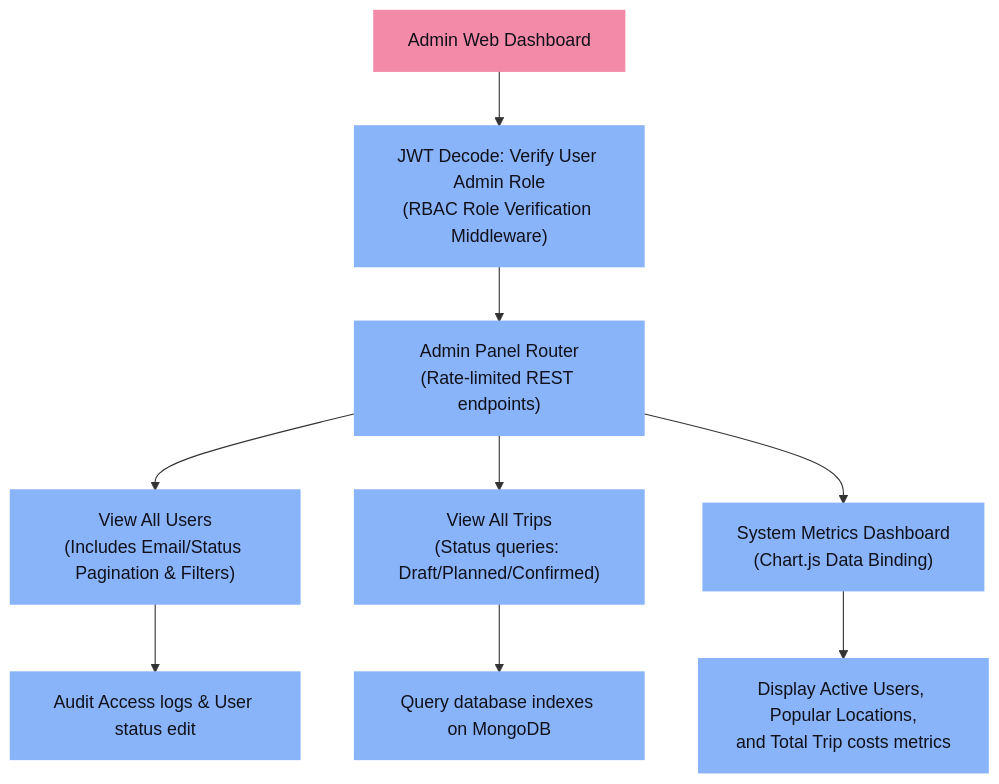
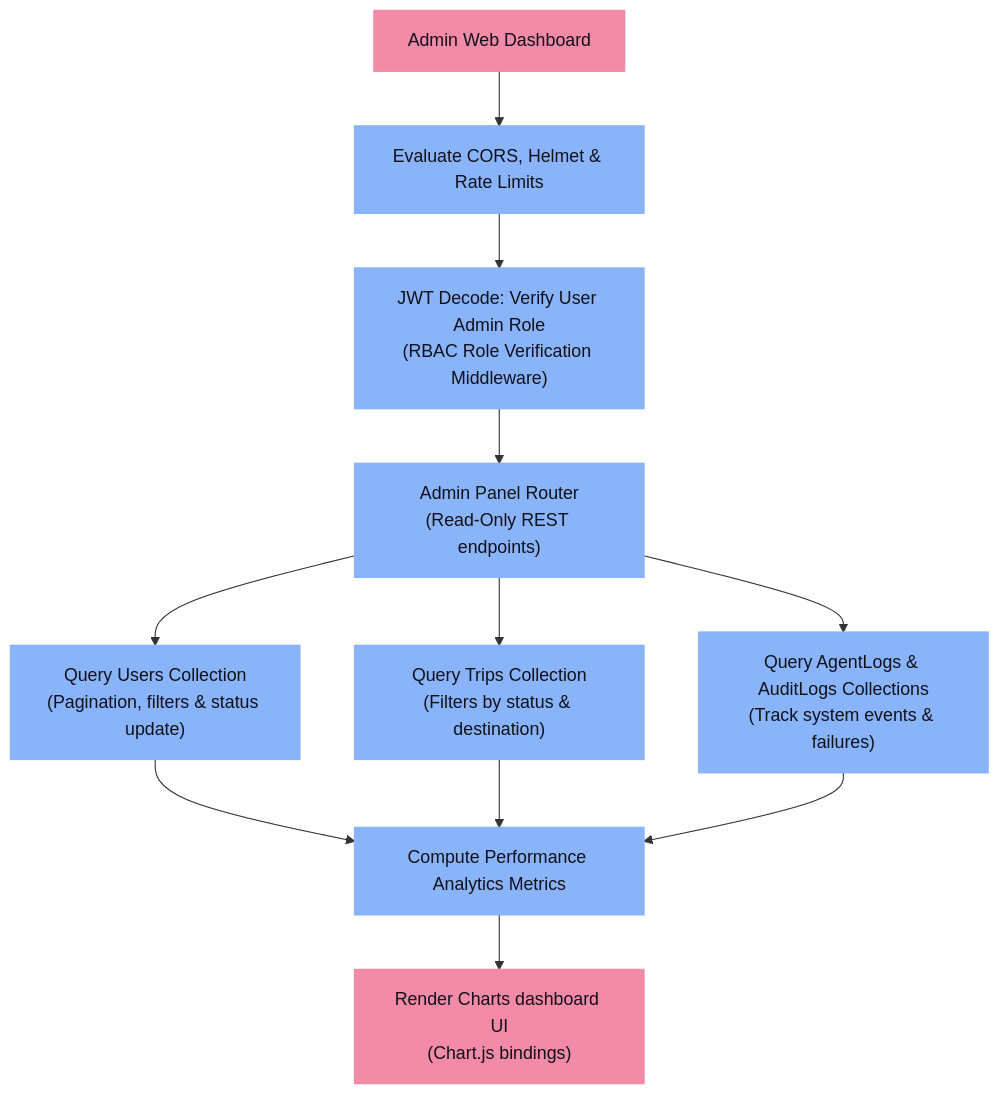
Before and after one commit to Dhayananth1511/CapStoneProject_Presidio_InternShip: the second of 5 diagrams in README.md, drawn with Mermaid. The commit also changed other lines of this file, not shown here.

Commit message:
Flow chart updated

````diff
--- a/README.md
+++ b/README.md
@@ -70,18 +110,21 @@
 ```mermaid
 graph TD
     classDef default fill:#1e1e2e,stroke:#cdd6f4,stroke-width:2px,color:#cdd6f4;
     classDef startEnd fill:#a6e3a1,stroke:#a6e3a1,stroke-width:2px,color:#11111b;
     classDef process fill:#89b4fa,stroke:#89b4fa,stroke-width:2px,color:#11111b;
     classDef admin fill:#f38ba8,stroke:#f38ba8,stroke-width:2px,color:#11111b;
 
-    Admin["Admin Web Dashboard"]:::admin --> Auth["JWT Decode: Verify User Admin Role<br/>(RBAC Role Verification Middleware)"]:::process
-    Auth --> DashboardREST["Admin Panel Router<br/>(Rate-limited REST endpoints)"]:::process
+    Admin["Admin Web Dashboard"]:::admin --> Security["Evaluate CORS, Helmet & Rate Limits"]:::process
+    Security --> Auth["JWT Decode: Verify User Admin Role<br/>(RBAC Role Verification Middleware)"]:::process
+    Auth --> DashboardREST["Admin Panel Router<br/>(Read-Only REST endpoints)"]:::process
     
-    DashboardREST --> Users["View All Users<br/>(Includes Email/Status Pagination & Filters)"]:::process
-    DashboardREST --> Trips["View All Trips<br/>(Status queries: Draft/Planned/Confirmed)"]:::process
-    DashboardREST --> Analytics["System Metrics Dashboard<br/>(Chart.js Data Binding)"]:::process
+    DashboardREST --> UsersC["Query Users Collection<br/>(Pagination, filters & status update)"]:::process
+    DashboardREST --> TripsC["Query Trips Collection<br/>(Filters by status & destination)"]:::process
+    DashboardREST --> LogsC["Query AgentLogs & AuditLogs Collections<br/>(Track system events & failures)"]:::process
     
-    Users --> AuditLogs["Audit Access logs & User status edit"]:::process
-    Trips --> SearchTrips["Query database indexes on MongoDB"]:::process
-    Analytics --> Stats["Display Active Users, Popular Locations,<br/>and Total Trip costs metrics"]:::process
+    UsersC --> Stats["Compute Performance Analytics Metrics"]:::process
+    TripsC --> Stats
+    LogsC --> Stats
+    
+    Stats --> Charts["Render Charts dashboard UI<br/>(Chart.js bindings)"]:::admin
 ```
````
